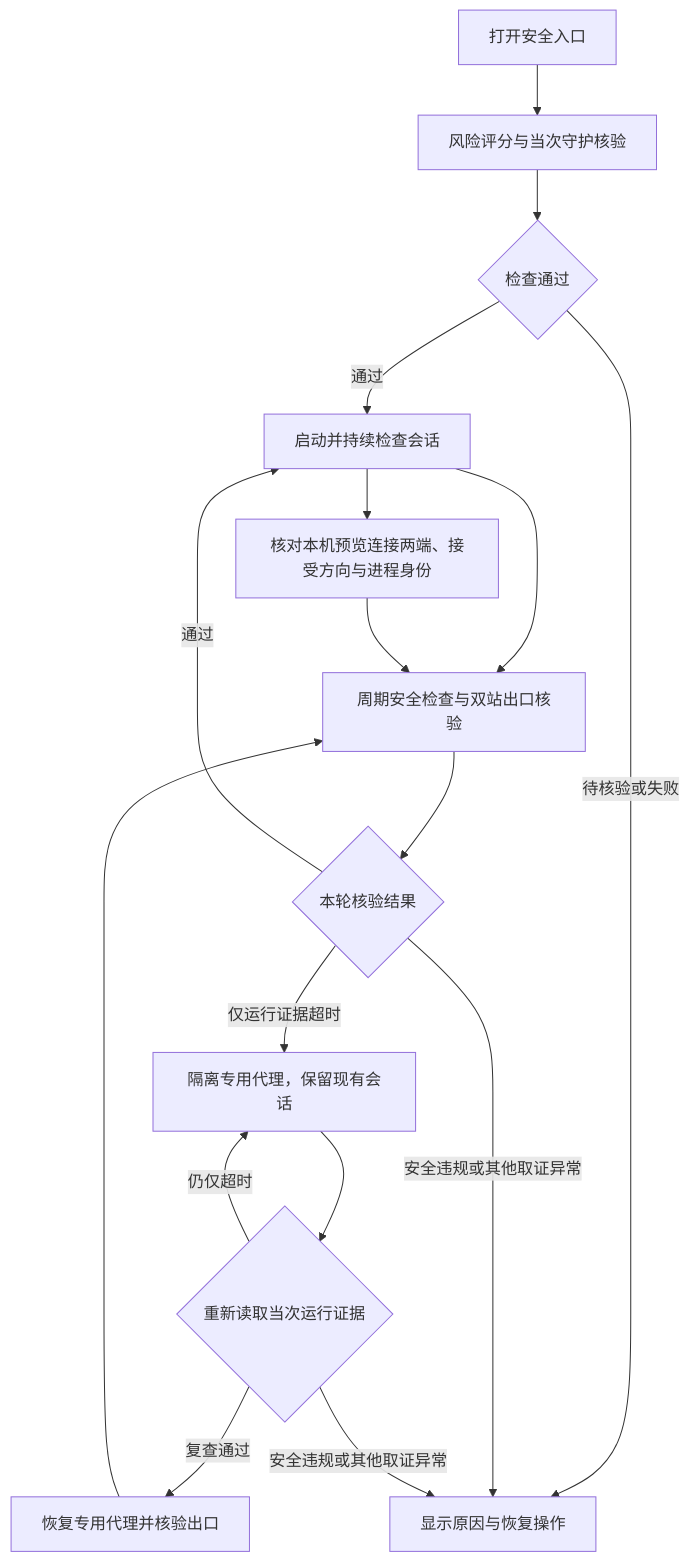
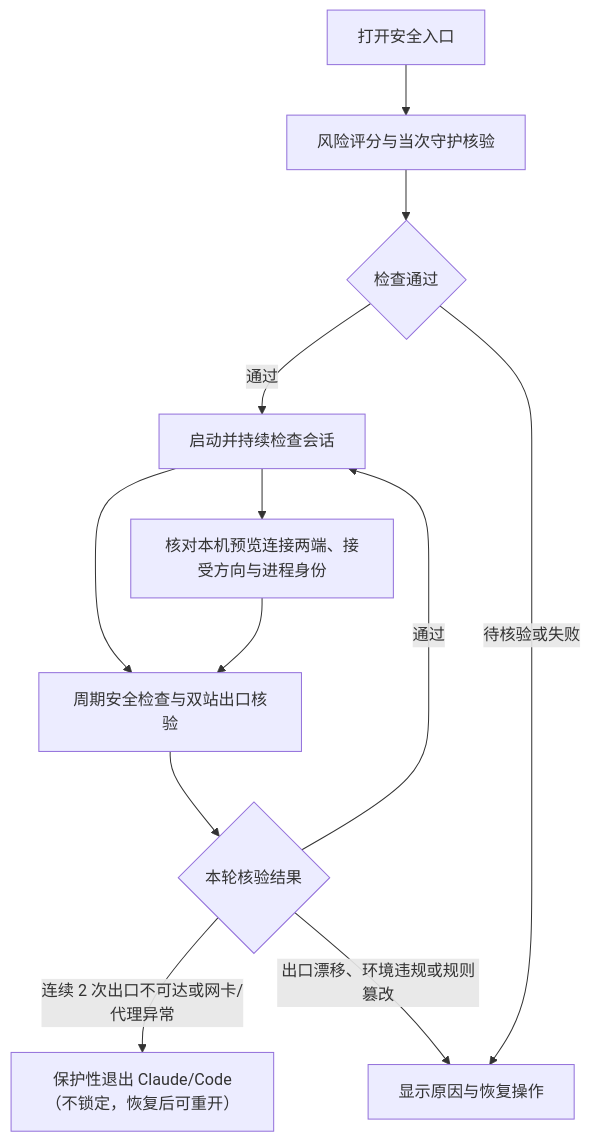
Before and after one commit to cr20085361/claude-code-protection-tool: the second of 3 diagrams in README.md, drawn with Mermaid. The commit also changed other lines of this file and 17 other files, not shown here.

````diff
--- a/README.md
+++ b/README.md
@@ -105,19 +105,14 @@
 ```mermaid
 flowchart TD
   A["打开安全入口"] --> B["风险评分与当次守护核验"]
   B --> C{"检查通过"}
   C -->|"通过"| D["启动并持续检查会话"]
   C -->|"待核验或失败"| E["显示原因与恢复操作"]
   D --> F["周期安全检查与双站出口核验"]
   D --> G["核对本机预览连接两端、接受方向与进程身份"]
   G --> F
   F --> H{"本轮核验结果"}
   H -->|"通过"| D
-  H -->|"仅运行证据超时"| I["隔离专用代理，保留现有会话"]
-  H -->|"安全违规或其他取证异常"| E
-  I --> J{"重新读取当次运行证据"}
-  J -->|"仍仅超时"| I
-  J -->|"复查通过"| K["恢复专用代理并核验出口"]
-  J -->|"安全违规或其他取证异常"| E
-  K --> F
+  H -->|"连续 2 次出口不可达或网卡/代理异常"| I["保护性退出 Claude/Code（不锁定，恢复后可重开）"]
+  H -->|"出口漂移、环境违规或规则篡改"| E
 ```
````
